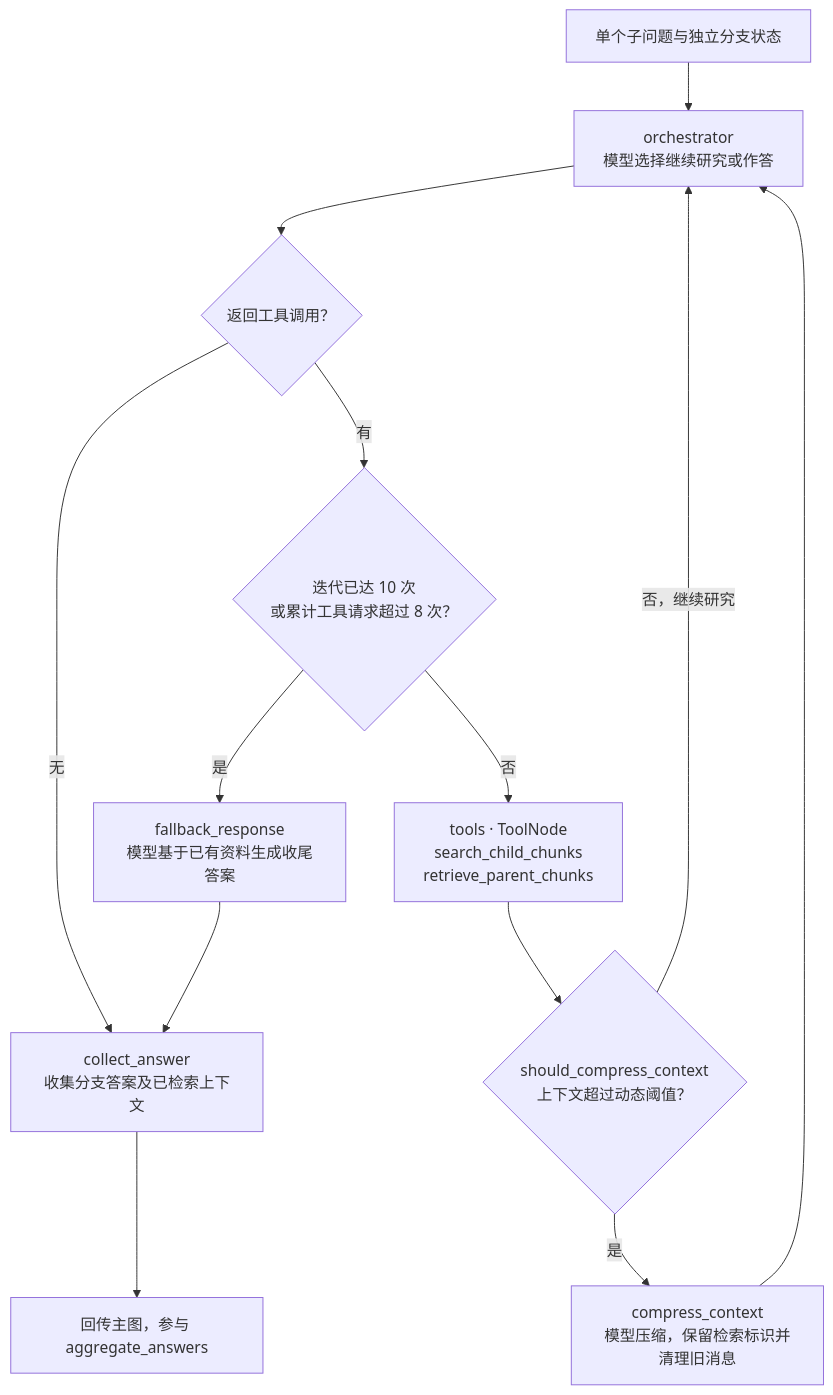
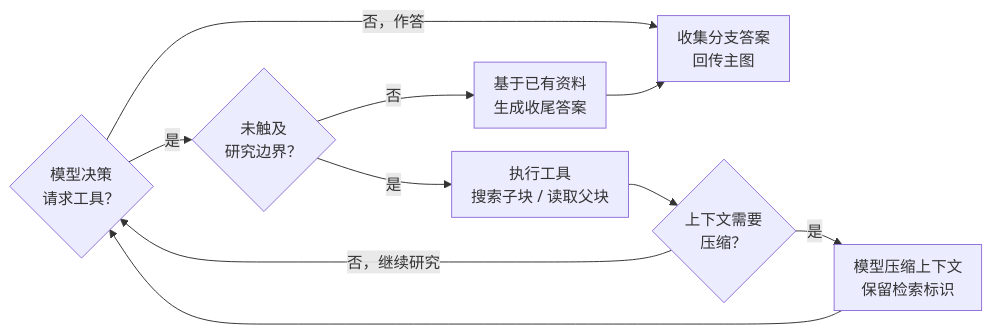
One commit to ifhgh666/agentic-rag changed the third of 3 diagrams in README.md. Above: the diagram before and after it, drawn with Mermaid. The commit also changed other lines of this file, not shown here.

Commit message:
Refine README stack badges and horizontal Agent Loop diagrams

````diff
--- a/README.md
+++ b/README.md
@@ -84,15 +114,19 @@
 ```mermaid
-flowchart TD
-    Question["单个子问题与独立分支状态"] --> Orchestrator["orchestrator<br/>模型选择继续研究或作答"]
-    Orchestrator --> Calls{"返回工具调用？"}
-    Calls -->|无| Collect["collect_answer<br/>收集分支答案及已检索上下文"]
-    Calls -->|有| Budget{"迭代已达 10 次<br/>或累计工具请求超过 8 次？"}
-    Budget -->|是| Fallback["fallback_response<br/>模型基于已有资料生成收尾答案"]
+---
+config:
+  flowchart:
+    nodeSpacing: 24
+    rankSpacing: 24
+    padding: 10
+---
+flowchart LR
+    Orchestrator{"模型决策<br/>请求工具？"} -->|否，作答| Collect["收集分支答案<br/>回传主图"]
+    Orchestrator -->|是| Budget{"未触及<br/>研究边界？"}
+    Budget -->|是| Tools["执行工具<br/>搜索子块 / 读取父块"]
+    Tools --> Check{"上下文需要<br/>压缩？"}
+    Check -->|否，继续研究| Orchestrator
+    Check -->|是| Compress["模型压缩上下文<br/>保留检索标识"]
+    Compress --> Orchestrator
+    Budget -->|否| Fallback["基于已有资料<br/>生成收尾答案"]
     Fallback --> Collect
-    Budget -->|否| Tools["tools · ToolNode<br/>search_child_chunks<br/>retrieve_parent_chunks"]
-    Tools --> Check{"should_compress_context<br/>上下文超过动态阈值？"}
-    Check -->|否，继续研究| Orchestrator
-    Check -->|是| Compress["compress_context<br/>模型压缩，保留检索标识并清理旧消息"]
-    Compress --> Orchestrator
-    Collect --> Return["回传主图，参与 aggregate_answers"]
 ```
````
